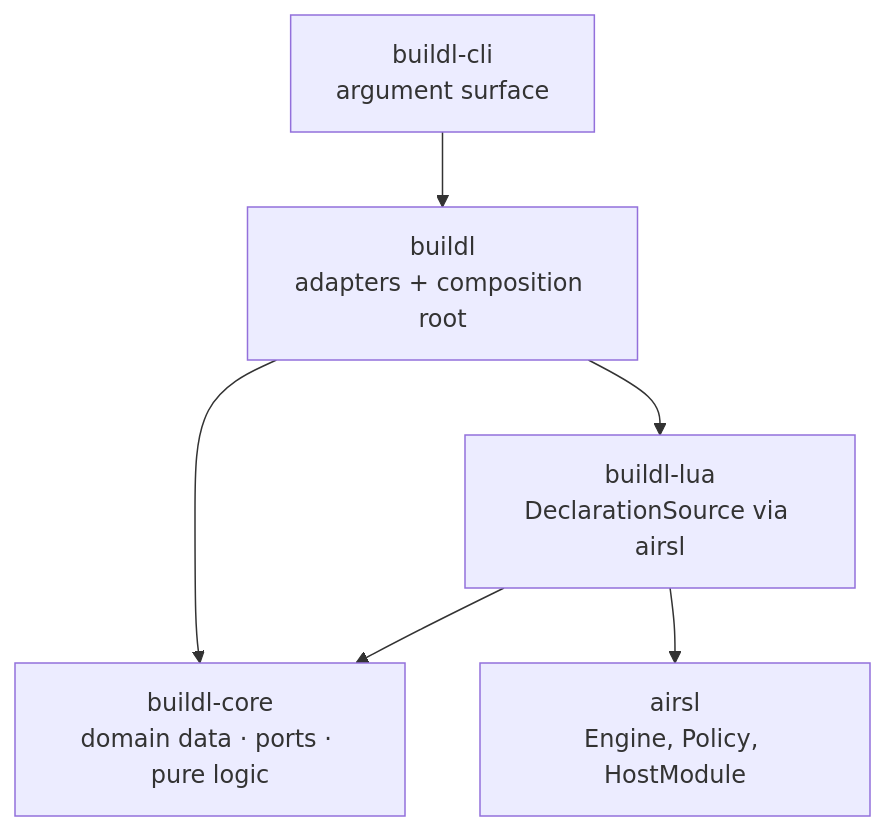
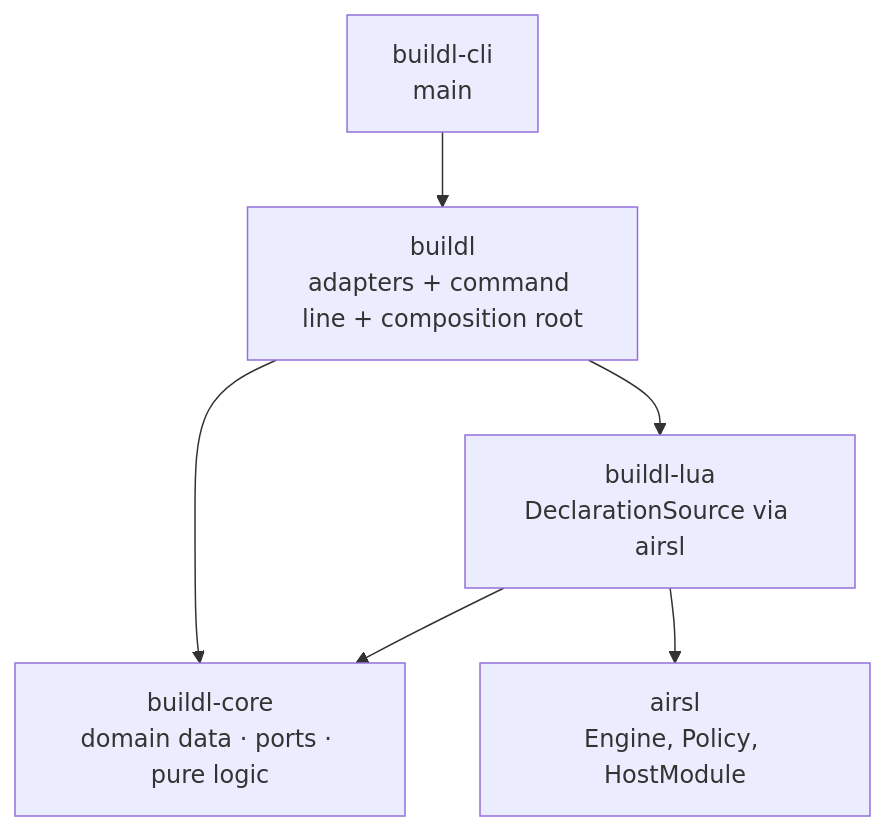
The first of 7 diagrams in book/src/ch11-03-four-crates.md (airsstack/buildl), drawn with Mermaid before and after one commit. The commit also changed other lines of this file and 4 other files, not shown here.

Commit message:
docs(repo): place the command line in buildl in the book

````diff
--- a/book/src/ch11-03-four-crates.md
+++ b/book/src/ch11-03-four-crates.md
@@ -26,9 +26,9 @@
 ```mermaid
 %% Crate dependency graph — arrows point at the dependency
 graph TD
-    CLI["buildl-cli<br/>argument surface"] --> LIB["buildl<br/>adapters + composition root"]
+    CLI["buildl-cli<br/>main"] --> LIB["buildl<br/>adapters + command line + composition root"]
     LIB --> LUA["buildl-lua<br/>DeclarationSource via airsl"]
     LIB --> CORE["buildl-core<br/>domain data · ports · pure logic"]
     LUA --> CORE
     LUA --> AIRSL["airsl<br/>Engine, Policy, HostModule"]
 ```
````
